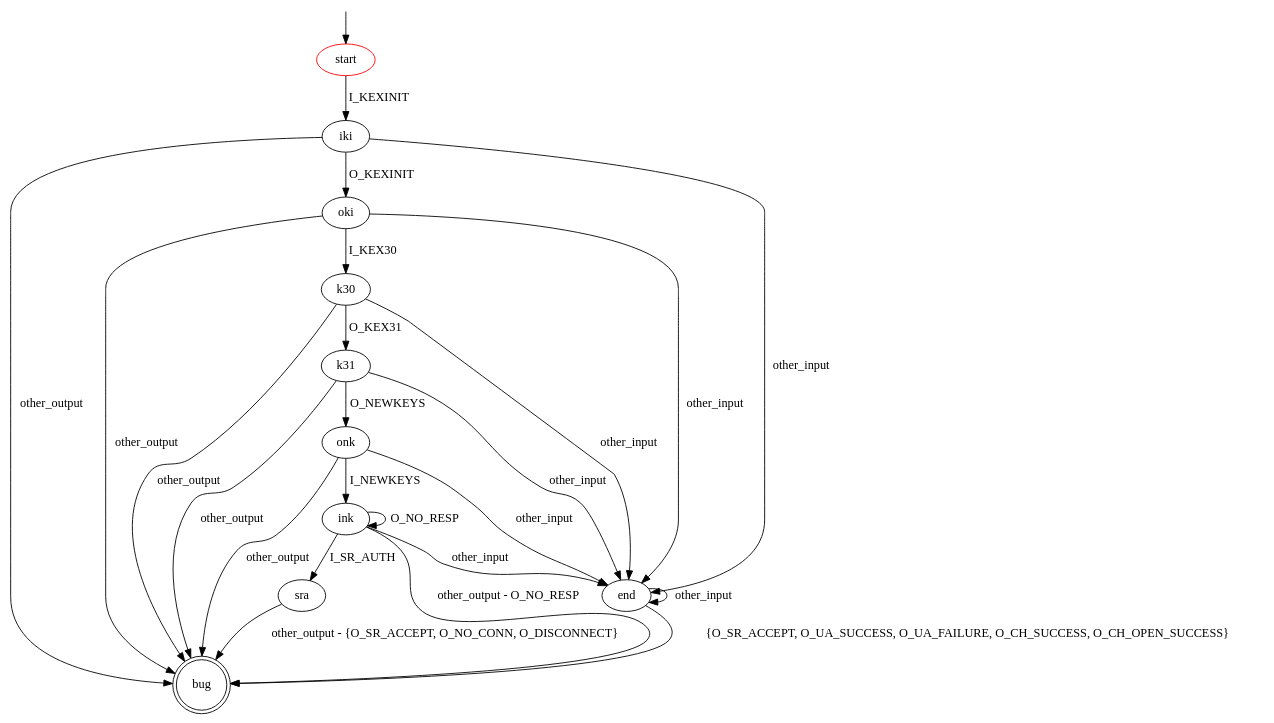
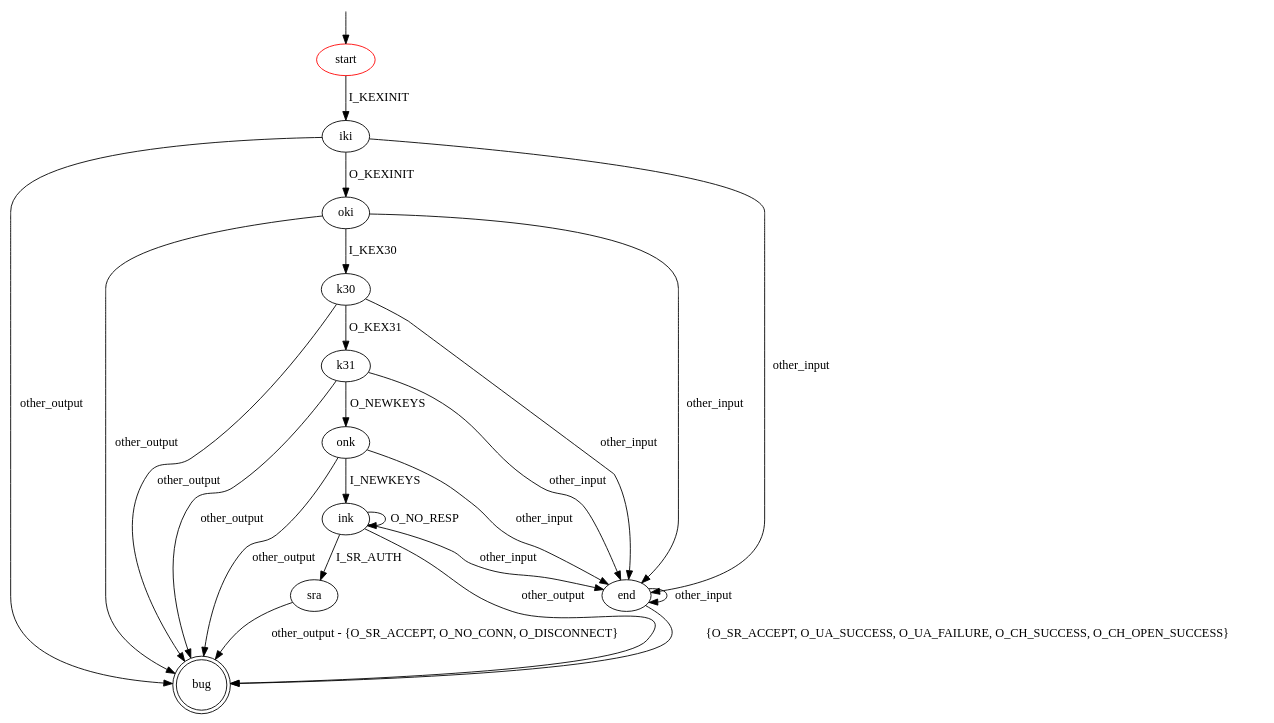
One commit to assist-project/state-machine-bug-finder changed the diagram in src/main/resources/patterns/ssh/server/transport_layer_bug.dot. Above: the diagram before and after it, drawn with Graphviz. The commit also changed 35 other files, not shown here.

```diff
--- a/src/main/resources/patterns/ssh/server/transport_layer_bug.dot
+++ b/src/main/resources/patterns/ssh/server/transport_layer_bug.dot
@@ -1,40 +1,40 @@
 digraph G {
 label=""
 start [color="red"]
 bug [shape="doublecircle"]
 
 start -> iki [label="I_KEXINIT"]
 
 iki -> oki [label="O_KEXINIT"]
 iki -> end [label="other_input"]
 iki -> bug [label="other_output"]
 
 oki -> k30 [label="I_KEX30"]
 oki -> end [label="other_input"]
 oki -> bug [label="other_output"]
 
 k30 -> k31 [label="O_KEX31"]
 k30 -> end [label="other_input"]
 k30 -> bug [label="other_output"]
 
 k31 -> onk [label="O_NEWKEYS"]
 k31 -> end [label="other_input"]
 k31 -> bug [label="other_output"]
 
 onk -> ink [label="I_NEWKEYS"]
 onk -> end [label="other_input"]
 onk -> bug [label="other_output"]
 
 ink -> sra [label="I_SR_AUTH"]
 ink -> ink [label="O_NO_RESP"]
 ink -> end [label="other_input"]
-ink -> bug [label="other_output - O_NO_RESP"]
+ink -> bug [label="other_output"]
 
 sra -> bug [label="other_output - {O_SR_ACCEPT, O_NO_CONN, O_DISCONNECT}"]
 
 end -> bug [label="{O_SR_ACCEPT, O_UA_SUCCESS, O_UA_FAILURE, O_CH_SUCCESS, O_CH_OPEN_SUCCESS}"]
 end -> end [label="other_input"]
 
 __start0 [label="" shape="none" width="0" height="0"];
 __start0 -> start;
 }
```
